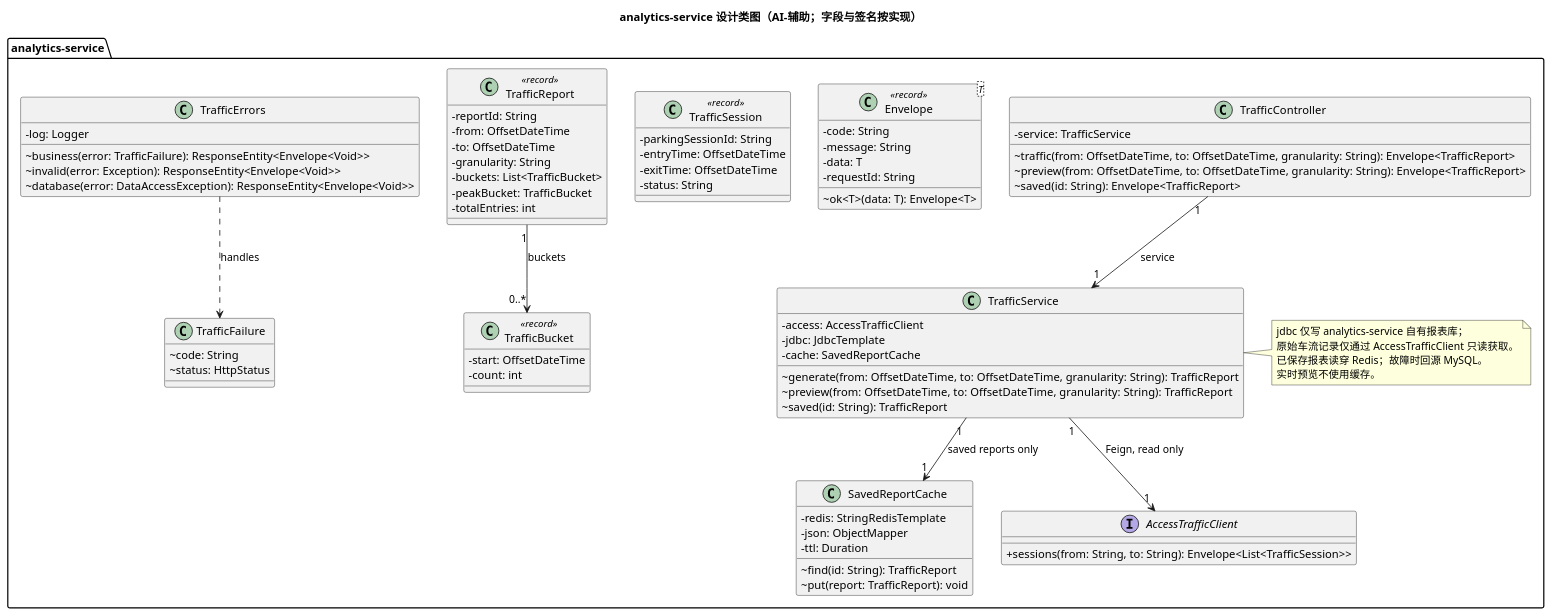
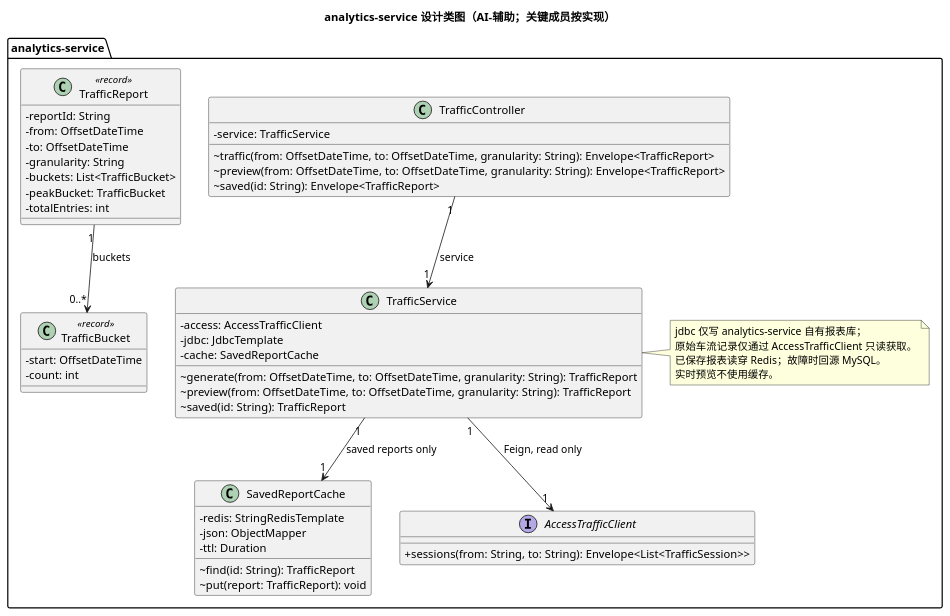
One commit to Gindama713/UMLWORK changed the fifth of 5 diagrams in models/15-design-classes.puml. Above: the diagram before and after it, drawn with PlantUML. The commit also changed other lines of this file and 39 other files, not shown here.

Commit message:
refine UML notation and report figure layout

```diff
--- a/models/15-design-classes.puml
+++ b/models/15-design-classes.puml
@@ -202,77 +186,53 @@
 @startuml
-title analytics-service 设计类图（AI-辅助；字段与签名按实现）
+title analytics-service 设计类图（AI-辅助；关键成员按实现）
 skinparam classAttributeIconSize 0
 package "analytics-service" {
   class TrafficController {
     -service: TrafficService
     ~traffic(from: OffsetDateTime, to: OffsetDateTime, granularity: String): Envelope<TrafficReport>
     ~preview(from: OffsetDateTime, to: OffsetDateTime, granularity: String): Envelope<TrafficReport>
     ~saved(id: String): Envelope<TrafficReport>
   }
   class TrafficService {
     -access: AccessTrafficClient
     -jdbc: JdbcTemplate
     -cache: SavedReportCache
     ~generate(from: OffsetDateTime, to: OffsetDateTime, granularity: String): TrafficReport
     ~preview(from: OffsetDateTime, to: OffsetDateTime, granularity: String): TrafficReport
     ~saved(id: String): TrafficReport
   }
   class SavedReportCache {
     -redis: StringRedisTemplate
     -json: ObjectMapper
     -ttl: Duration
     ~find(id: String): TrafficReport
     ~put(report: TrafficReport): void
   }
   interface AccessTrafficClient {
     +sessions(from: String, to: String): Envelope<List<TrafficSession>>
   }
-  class "Envelope<T>" as TrafficEnvelope <<record>> {
-    -code: String
-    -message: String
-    -data: T
-    -requestId: String
-    ~ok<T>(data: T): Envelope<T>
-  }
-  class TrafficSession <<record>> {
-    -parkingSessionId: String
-    -entryTime: OffsetDateTime
-    -exitTime: OffsetDateTime
-    -status: String
-  }
   class TrafficBucket <<record>> {
     -start: OffsetDateTime
     -count: int
   }
   class TrafficReport <<record>> {
     -reportId: String
     -from: OffsetDateTime
     -to: OffsetDateTime
     -granularity: String
     -buckets: List<TrafficBucket>
     -peakBucket: TrafficBucket
     -totalEntries: int
   }
-  class TrafficFailure {
-    ~code: String
-    ~status: HttpStatus
-  }
-  class TrafficErrors {
-    -log: Logger
-    ~business(error: TrafficFailure): ResponseEntity<Envelope<Void>>
-    ~invalid(error: Exception): ResponseEntity<Envelope<Void>>
-    ~database(error: DataAccessException): ResponseEntity<Envelope<Void>>
-  }
   TrafficController "1" --> "1" TrafficService : service
   TrafficService "1" --> "1" AccessTrafficClient : Feign, read only
   TrafficService "1" --> "1" SavedReportCache : saved reports only
   TrafficReport "1" --> "0..*" TrafficBucket : buckets
-  TrafficErrors ..> TrafficFailure : handles
   note right of TrafficService
     jdbc 仅写 analytics-service 自有报表库；
     原始车流记录仅通过 AccessTrafficClient 只读获取。
     已保存报表读穿 Redis；故障时回源 MySQL。
     实时预览不使用缓存。
   end note
 }
 @enduml
```
